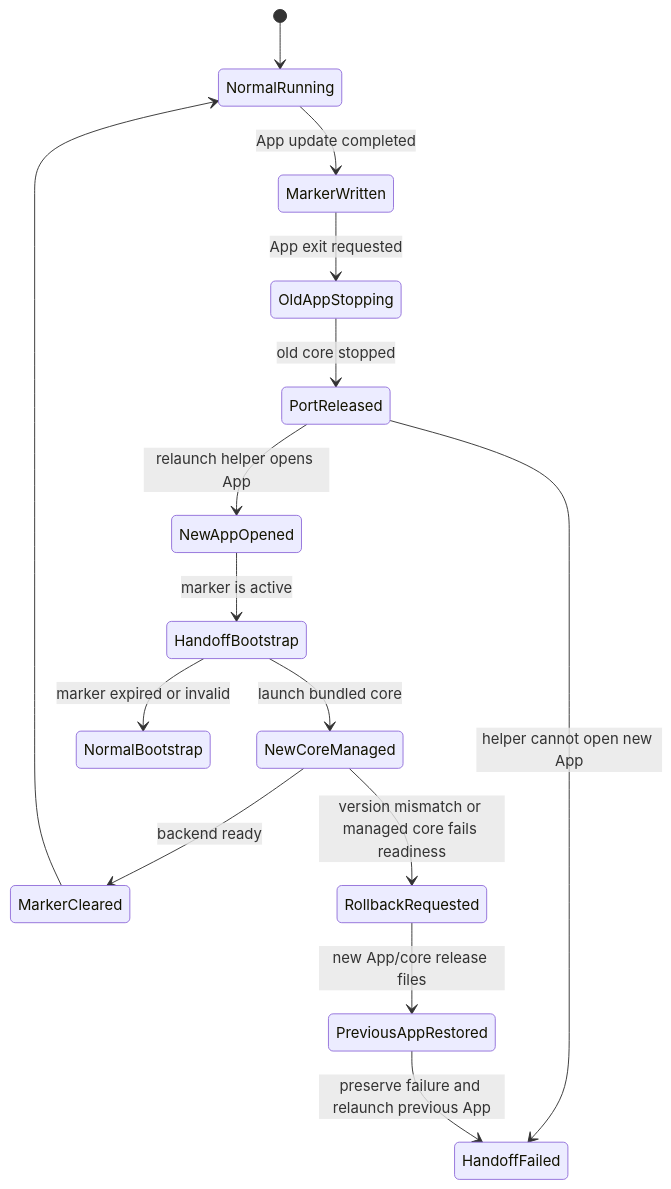
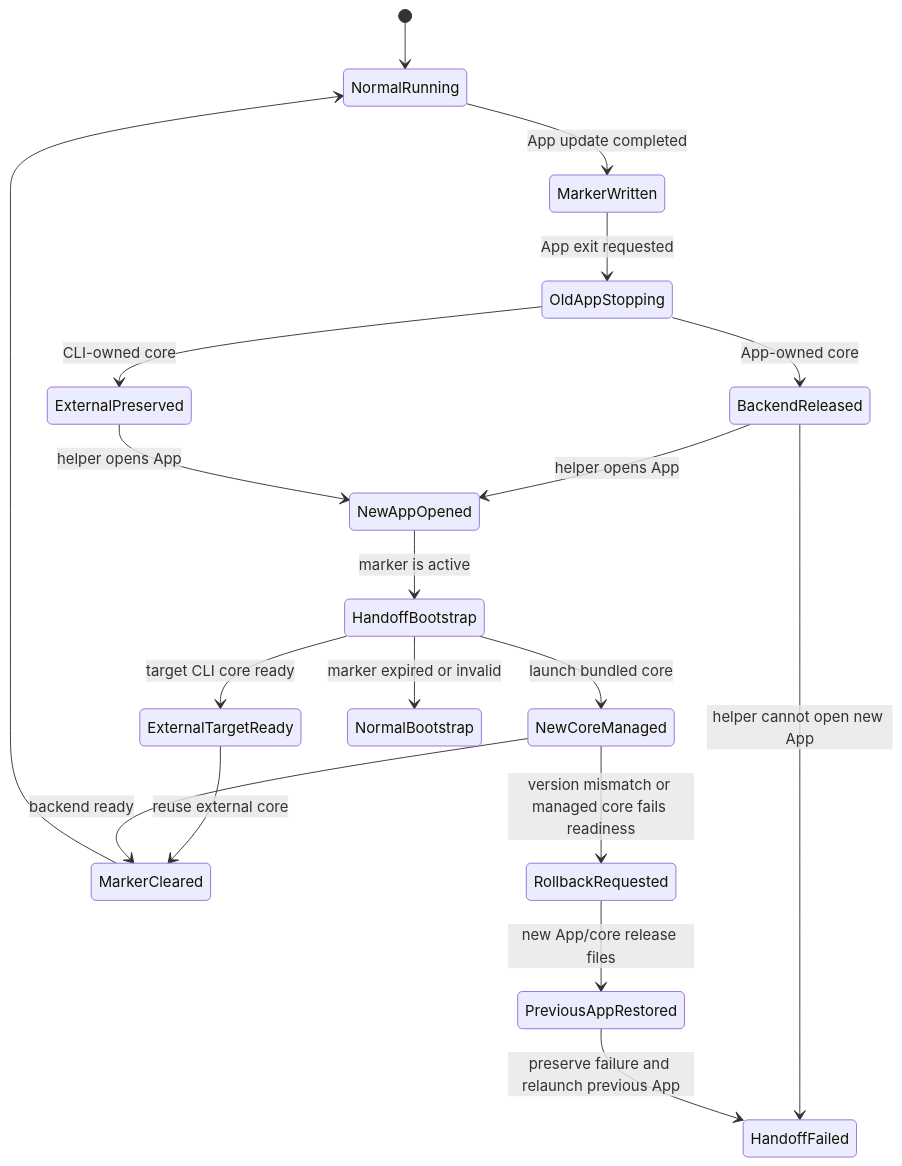
One commit to bifrost-proxy/bifrost changed the diagram in design/desktop-upgrade-handoff.md. Above: the diagram before and after it, drawn with Mermaid. The commit also changed other lines of this file and 13 other files, not shown here.

First line of the commit message:
fix(desktop): recover failed CLI upgrade handoff (#423)

````diff
--- a/design/desktop-upgrade-handoff.md
+++ b/design/desktop-upgrade-handoff.md
@@ -90,18 +115,22 @@
 ```mermaid
 stateDiagram-v2
     [*] --> NormalRunning
     NormalRunning --> MarkerWritten: App update completed
     MarkerWritten --> OldAppStopping: App exit requested
-    OldAppStopping --> PortReleased: old core stopped
-    PortReleased --> NewAppOpened: relaunch helper opens App
+    OldAppStopping --> BackendReleased: App-owned core
+    OldAppStopping --> ExternalPreserved: CLI-owned core
+    BackendReleased --> NewAppOpened: helper opens App
+    ExternalPreserved --> NewAppOpened: helper opens App
     NewAppOpened --> HandoffBootstrap: marker is active
     HandoffBootstrap --> NewCoreManaged: launch bundled core
+    HandoffBootstrap --> ExternalTargetReady: target CLI core ready
+    ExternalTargetReady --> MarkerCleared: reuse external core
     NewCoreManaged --> MarkerCleared: backend ready
     MarkerCleared --> NormalRunning
 
     HandoffBootstrap --> NormalBootstrap: marker expired or invalid
-    PortReleased --> HandoffFailed: helper cannot open new App
+    BackendReleased --> HandoffFailed: helper cannot open new App
     NewCoreManaged --> RollbackRequested: version mismatch or managed core fails readiness
     RollbackRequested --> PreviousAppRestored: new App/core release files
     PreviousAppRestored --> HandoffFailed: preserve failure and relaunch previous App
 ```
````
